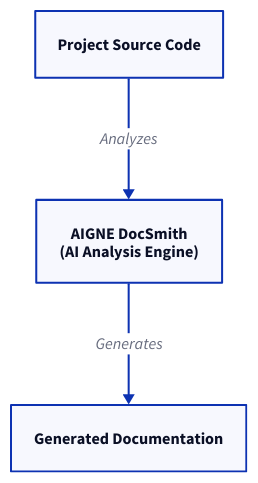
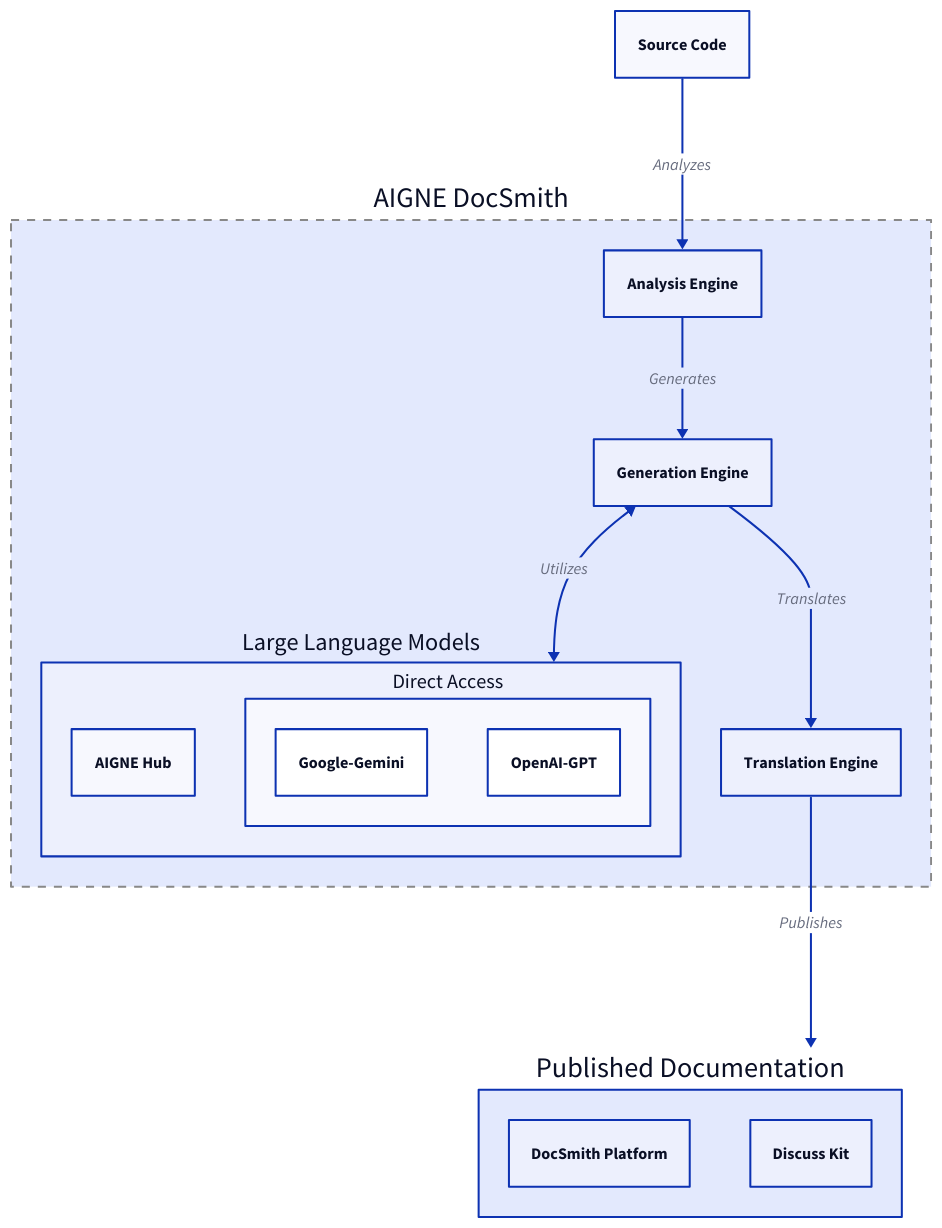
The diagram in docs/overview.md (AIGNE-io/aigne-doc-smith), drawn with D2 before and after one commit. The commit also changed other lines of this file and 60 other files, not shown here.

````diff
--- a/docs/overview.md
+++ b/docs/overview.md
@@ -11,21 +13,69 @@
 ```d2
 direction: down
 
 Source-Code: {
-  label: "Project Source Code"
+  label: "Source Code"
   shape: rectangle
 }
 
-DocSmith: {
-  label: "AIGNE DocSmith\n(AI Analysis Engine)"
+AIGNE-DocSmith: {
+  label: "AIGNE DocSmith"
   shape: rectangle
+  style: {
+    stroke: "#888"
+    stroke-width: 2
+    stroke-dash: 4
+  }
+
+  Analysis-Engine: {
+    label: "Analysis Engine"
+    shape: rectangle
+  }
+
+  Generation-Engine: {
+    label: "Generation Engine"
+    shape: rectangle
+  }
+
+  Translation-Engine: {
+    label: "Translation Engine"
+    shape: rectangle
+  }
+
+  LLMs: {
+    label: "Large Language Models"
+    shape: rectangle
+
+    AIGNE-Hub: {
+      label: "AIGNE Hub"
+    }
+
+    Direct-Access: {
+      label: "Direct Access"
+      shape: rectangle
+      Google-Gemini: {}
+      OpenAI-GPT: {}
+    }
+  }
 }
 
-Docs: {
-  label: "Generated Documentation"
+Published-Documentation: {
+  label: "Published Documentation"
   shape: rectangle
+
+  DocSmith-Platform: {
+    label: "DocSmith Platform"
+  }
+
+  Discuss-Kit: {
+    label: "Discuss Kit"
+  }
 }
 
-Source-Code -> DocSmith: "Analyzes"
-DocSmith -> Docs: "Generates"
+Source-Code -> AIGNE-DocSmith.Analysis-Engine: "Analyzes"
+AIGNE-DocSmith.Analysis-Engine -> AIGNE-DocSmith.Generation-Engine: "Generates"
+AIGNE-DocSmith.Generation-Engine <-> AIGNE-DocSmith.LLMs: "Utilizes"
+AIGNE-DocSmith.Generation-Engine -> AIGNE-DocSmith.Translation-Engine: "Translates"
+AIGNE-DocSmith.Translation-Engine -> Published-Documentation: "Publishes"
+
 ```
````
